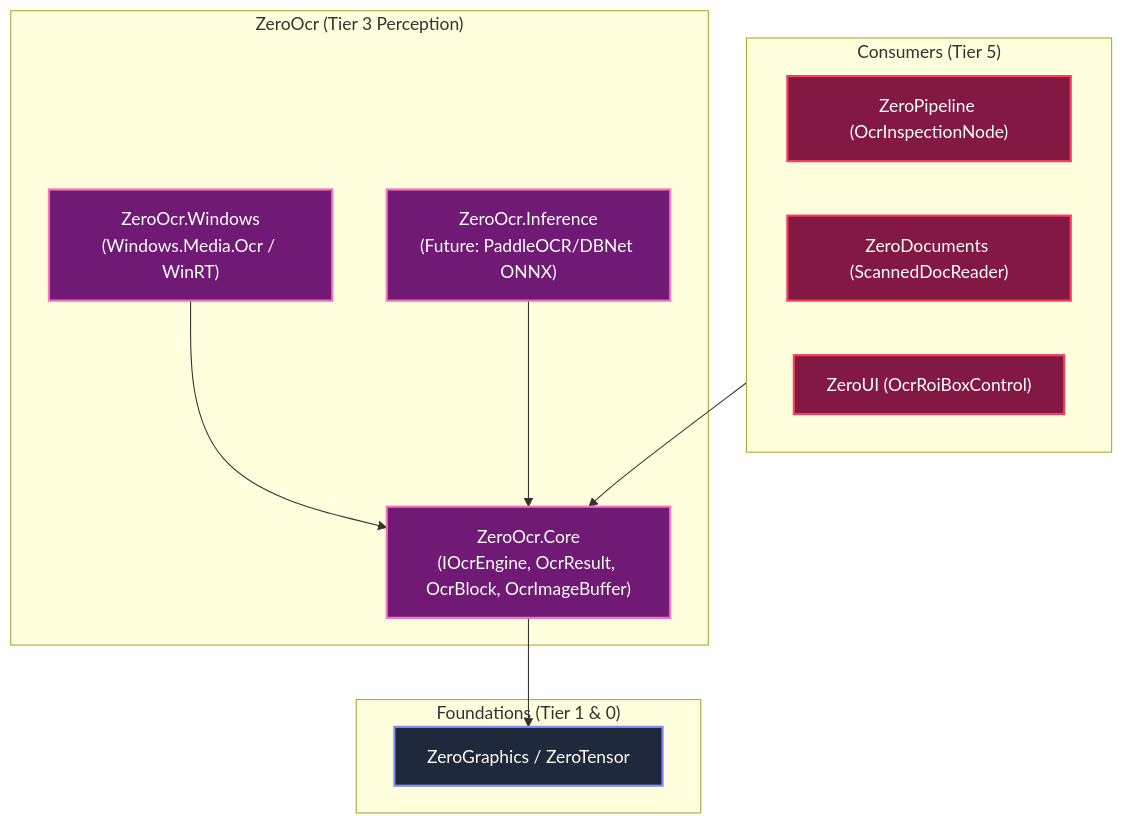
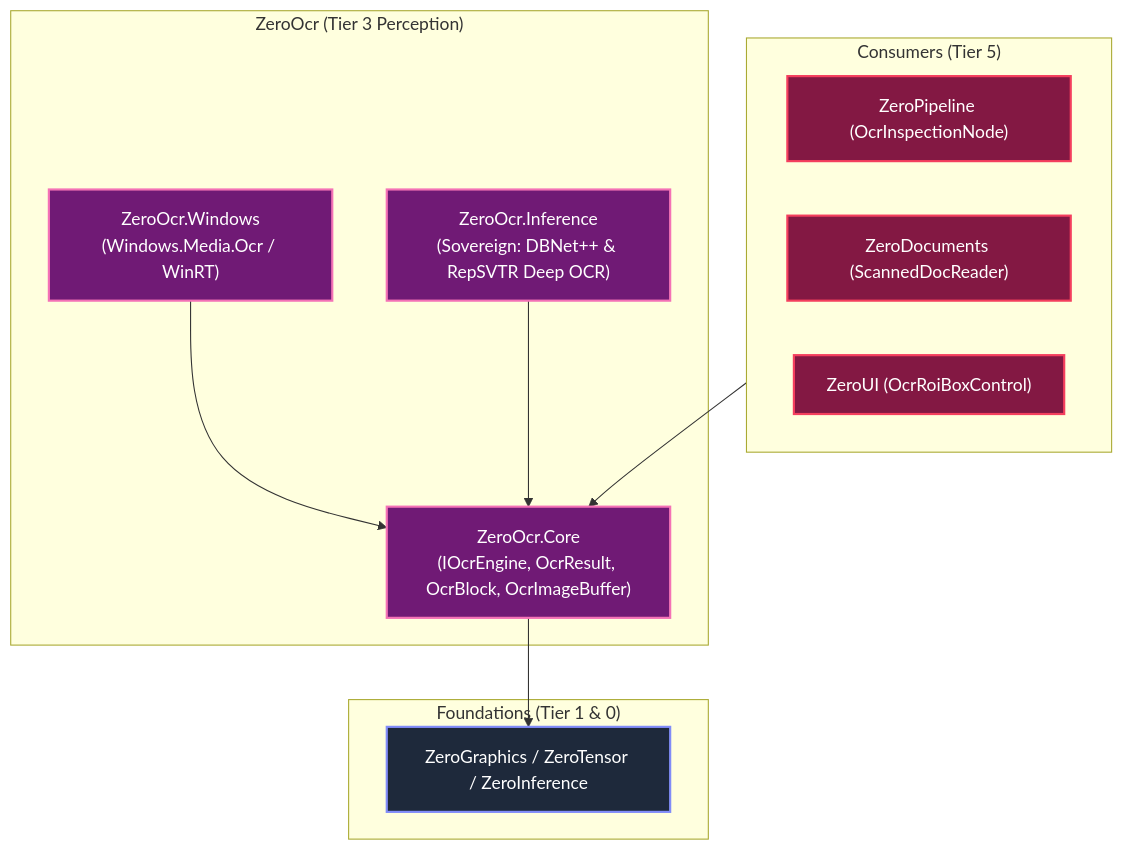
Before and after one commit to kzxl/ZeroOcr: the diagram in README.md, drawn with Mermaid. The commit also changed other lines of this file and 18 other files, not shown here.

Commit message:
feat(zeroocr): implement sovereign ZeroOcr.Inference with DBNet and RepSVTR architecture

````diff
--- a/README.md
+++ b/README.md
@@ -17,27 +17,27 @@
 ```mermaid
 graph TD
     classDef t5 fill:#831843,stroke:#f43f5e,stroke-width:2px,color:#fff;
     classDef t3 fill:#701a75,stroke:#f472b6,stroke-width:2px,color:#fff;
     classDef t1 fill:#1e293b,stroke:#818cf8,stroke-width:2px,color:#fff;
 
     subgraph Consumers ["Consumers (Tier 5)"]
         Pipe["ZeroPipeline (OcrInspectionNode)"]:::t5
         Docs["ZeroDocuments (ScannedDocReader)"]:::t5
         UI["ZeroUI (OcrRoiBoxControl)"]:::t5
     end
 
     subgraph ZeroOcr ["ZeroOcr (Tier 3 Perception)"]
         Core["ZeroOcr.Core\n(IOcrEngine, OcrResult, OcrBlock, OcrImageBuffer)"]:::t3
         Win["ZeroOcr.Windows\n(Windows.Media.Ocr / WinRT)"]:::t3
-        Onnx["ZeroOcr.Inference\n(Future: PaddleOCR/DBNet ONNX)"]:::t3
+        Onnx["ZeroOcr.Inference\n(Sovereign: DBNet++ & RepSVTR Deep OCR)"]:::t3
     end
 
     subgraph Foundations ["Foundations (Tier 1 & 0)"]
-        Gfx["ZeroGraphics / ZeroTensor"]:::t1
+        Gfx["ZeroGraphics / ZeroTensor / ZeroInference"]:::t1
     end
 
     Consumers --> Core
     Win --> Core
     Onnx --> Core
     Core --> Gfx
 ```
````
